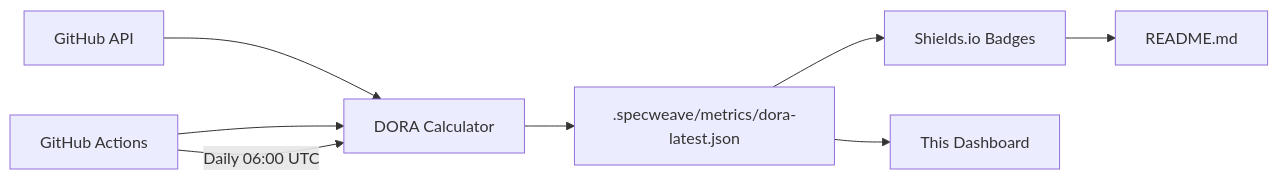
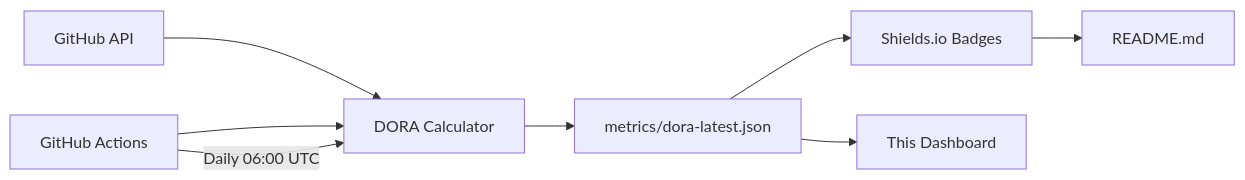
One commit to anton-abyzov/specweave-umb changed the diagram in .specweave/docs/public/metrics.md. Above: the diagram before and after it, drawn with Mermaid. The commit also changed other lines of this file and 36 other files, not shown here.

````diff
--- a/.specweave/docs/public/metrics.md
+++ b/.specweave/docs/public/metrics.md
@@ -105,10 +105,10 @@
 ```mermaid
 graph LR
     A[GitHub API] --> B[DORA Calculator]
-    B --> C[.specweave/metrics/dora-latest.json]
+    B --> C[metrics/dora-latest.json]
     C --> D[Shields.io Badges]
     D --> E[README.md]
     C --> F[This Dashboard]
     G[GitHub Actions] --> B
     G -->|Daily 06:00 UTC| B
 ```
````
